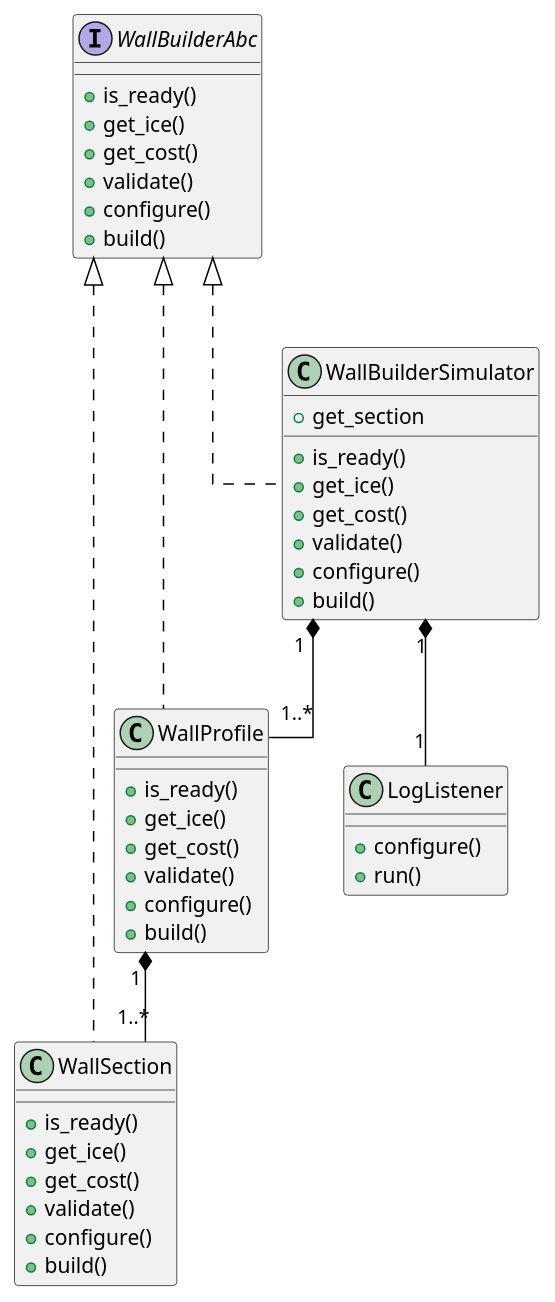
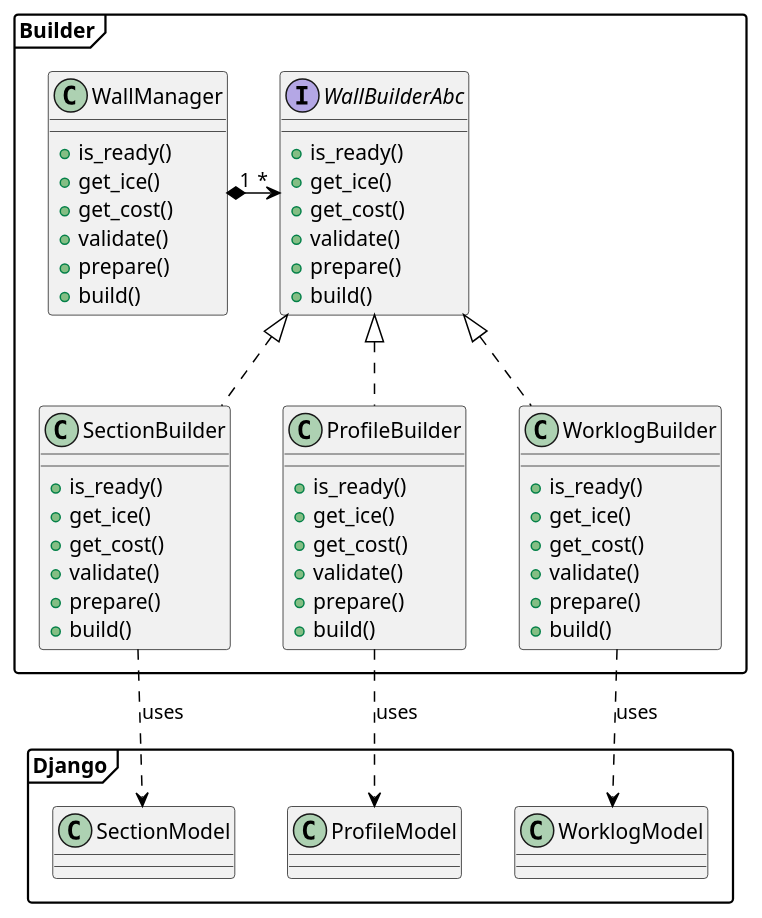
Before and after one commit to braboj/the-great-wall: the diagram in assets/plantuml/C4_L4_class_diagrams.puml, drawn with PlantUML. The commit also changed 3 other files, not shown here.

Commit message:
(#16) - Update the plantuml diagrams

```diff
--- a/assets/plantuml/C4_L4_class_diagrams.puml
+++ b/assets/plantuml/C4_L4_class_diagrams.puml
@@ -1,66 +1,97 @@
 @startuml
 'https://plantuml.com/class-diagram
 
 skinparam {
     PackageStyle Frame
     ArrowColor #000000
     BackgroundColor #ffffff
     BorderColor #b0b0b0
-    linetype polyline
-    linetype ortho
-    nodesep 50
+'    linetype polyline
+'    linetype ortho
+'    nodesep 150
 '    ranksep 100
 }
 
-interface WallBuilderAbc{
-    +is_ready()
-    +get_ice()
-    +get_cost()
-    +validate()
-    +configure()
-    +build()
-}
+package "Builder" {
 
-class WallSection{
-    +is_ready()
-    +get_ice()
-    +get_cost()
-    +validate()
-    +configure()
-    +build()
-}
+    interface WallBuilderAbc{
+        +is_ready()
+        +get_ice()
+        +get_cost()
+        +validate()
+        +prepare()
+        +build()
+    }
 
-class WallProfile{
-    +is_ready()
-    +get_ice()
-    +get_cost()
-    +validate()
-    +configure()
-    +build()
-}
 
-class WallBuilderSimulator{
-    +get_section
-    +is_ready()
-    +get_ice()
-    +get_cost()
-    +validate()
-    +configure()
-    +build()
+'    interface WallManagerAbc{
+'        +is_ready()
+'        +get_ice()
+'        +get_cost()
+'        +validate()
+'        +prepare()
+'        +build()
+'    }
+
+    class SectionBuilder{
+        +is_ready()
+        +get_ice()
+        +get_cost()
+        +validate()
+        +prepare()
+        +build()
+    }
+
+    class ProfileBuilder{
+        +is_ready()
+        +get_ice()
+        +get_cost()
+        +validate()
+        +prepare()
+        +build()
+    }
+
+    class WorklogBuilder{
+        +is_ready()
+        +get_ice()
+        +get_cost()
+        +validate()
+        +prepare()
+        +build()
+    }
+
+    class WallManager{
+        +is_ready()
+        +get_ice()
+        +get_cost()
+        +validate()
+        +prepare()
+        +build()
+    }
+
 }
 
 
-class LogListener {
-    +configure()
-    +run()
+package Django  {
+    class SectionModel{
+    }
+
+    class ProfileModel{
+    }
+
+    class WorklogModel{
+    }
 }
 
-WallBuilderAbc <|.. WallBuilderSimulator
-WallBuilderAbc <|.. WallProfile
-WallBuilderAbc <|.. WallSection
+'WallManagerAbc <|.. WallManager
+WallBuilderAbc <|.. ProfileBuilder
+WallBuilderAbc <|.. SectionBuilder
+WallBuilderAbc <|.. WorklogBuilder
 
-WallBuilderSimulator "1" *-- "1" LogListener
-WallBuilderSimulator "1" *-- "1..*" WallProfile
-WallProfile "1" *-- "1..*" WallSection
+SectionBuilder ..> SectionModel : uses
+ProfileBuilder ..> ProfileModel : uses
+WorklogBuilder ..> WorklogModel : uses
+
+WallManager "1" *-right-> "*" WallBuilderAbc
 
 @enduml
```
